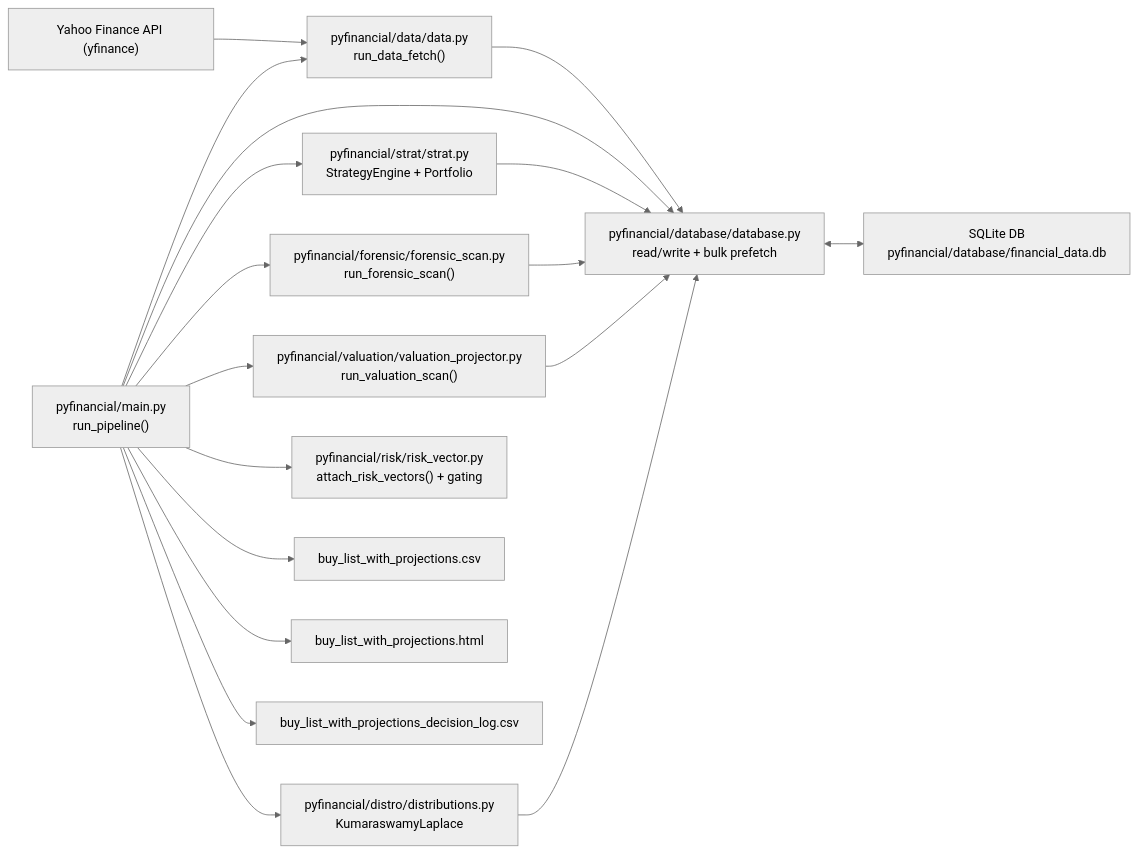
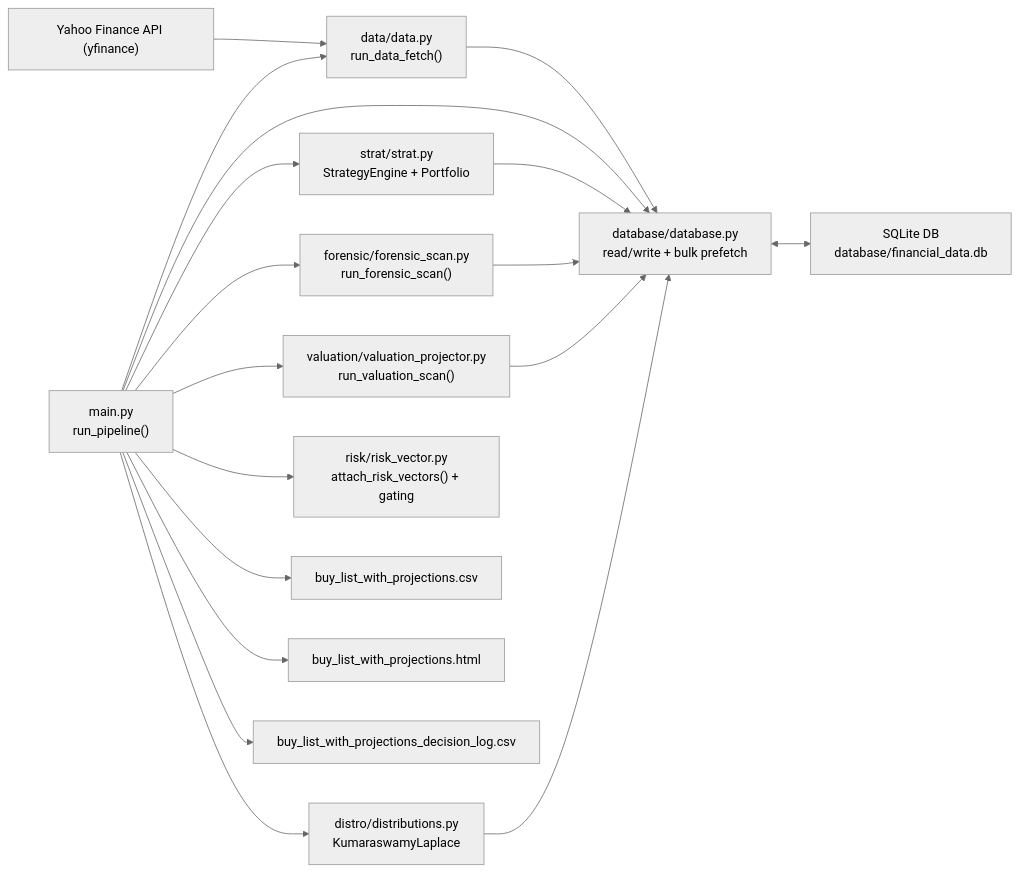
The first of 2 diagrams in README.md (bgallon-dev/MarketLedger), drawn with Mermaid (neutral theme) before and after one commit. The commit also changed other lines of this file and 15 other files, not shown here.

````diff
--- a/README.md
+++ b/README.md
@@ -48,40 +48,40 @@
 ```mermaid
 flowchart LR
     YF["Yahoo Finance API (yfinance)"]
-    DBFILE["SQLite DB<br/>pyfinancial/database/financial_data.db"]
+    DBFILE["SQLite DB<br/>database/financial_data.db"]
 
-    MAIN["pyfinancial/main.py<br/>run_pipeline()"]
+    MAIN["main.py<br/>run_pipeline()"]
 
-    DATA["pyfinancial/data/data.py<br/>run_data_fetch()"]
-    STRAT["pyfinancial/strat/strat.py<br/>StrategyEngine + Portfolio"]
-    FORENSIC["pyfinancial/forensic/forensic_scan.py<br/>run_forensic_scan()"]
-    VAL["pyfinancial/valuation/valuation_projector.py<br/>run_valuation_scan()"]
-    DISTRO["pyfinancial/distro/distributions.py<br/>KumaraswamyLaplace"]
-    RISK["pyfinancial/risk/risk_vector.py<br/>attach_risk_vectors() + gating"]
-    DBMOD["pyfinancial/database/database.py<br/>read/write + bulk prefetch"]
+    DATA["data/data.py<br/>run_data_fetch()"]
+    STRAT["strat/strat.py<br/>StrategyEngine + Portfolio"]
+    FORENSIC["forensic/forensic_scan.py<br/>run_forensic_scan()"]
+    VAL["valuation/valuation_projector.py<br/>run_valuation_scan()"]
+    DISTRO["distro/distributions.py<br/>KumaraswamyLaplace"]
+    RISK["risk/risk_vector.py<br/>attach_risk_vectors() + gating"]
+    DBMOD["database/database.py<br/>read/write + bulk prefetch"]
 
     CSV["buy_list_with_projections.csv"]
     HTML["buy_list_with_projections.html"]
     DLOG["buy_list_with_projections_decision_log.csv"]
 
     YF --> DATA
     DATA --> DBMOD
     DBMOD <--> DBFILE
 
     MAIN --> DATA
     MAIN --> STRAT
     MAIN --> FORENSIC
     MAIN --> VAL
     MAIN --> DISTRO
     MAIN --> RISK
     MAIN --> DBMOD
 
     STRAT --> DBMOD
     FORENSIC --> DBMOD
     VAL --> DBMOD
     DISTRO --> DBMOD
 
     MAIN --> CSV
     MAIN --> HTML
     MAIN --> DLOG
 ```
````
